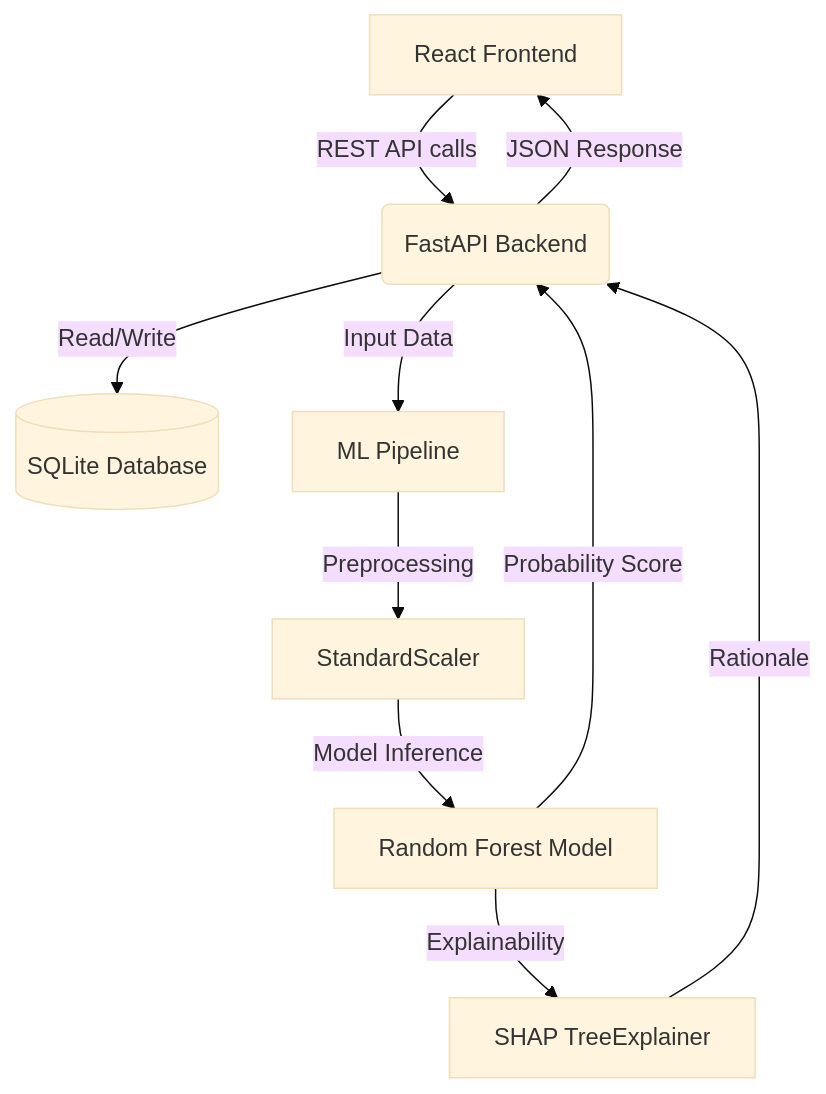
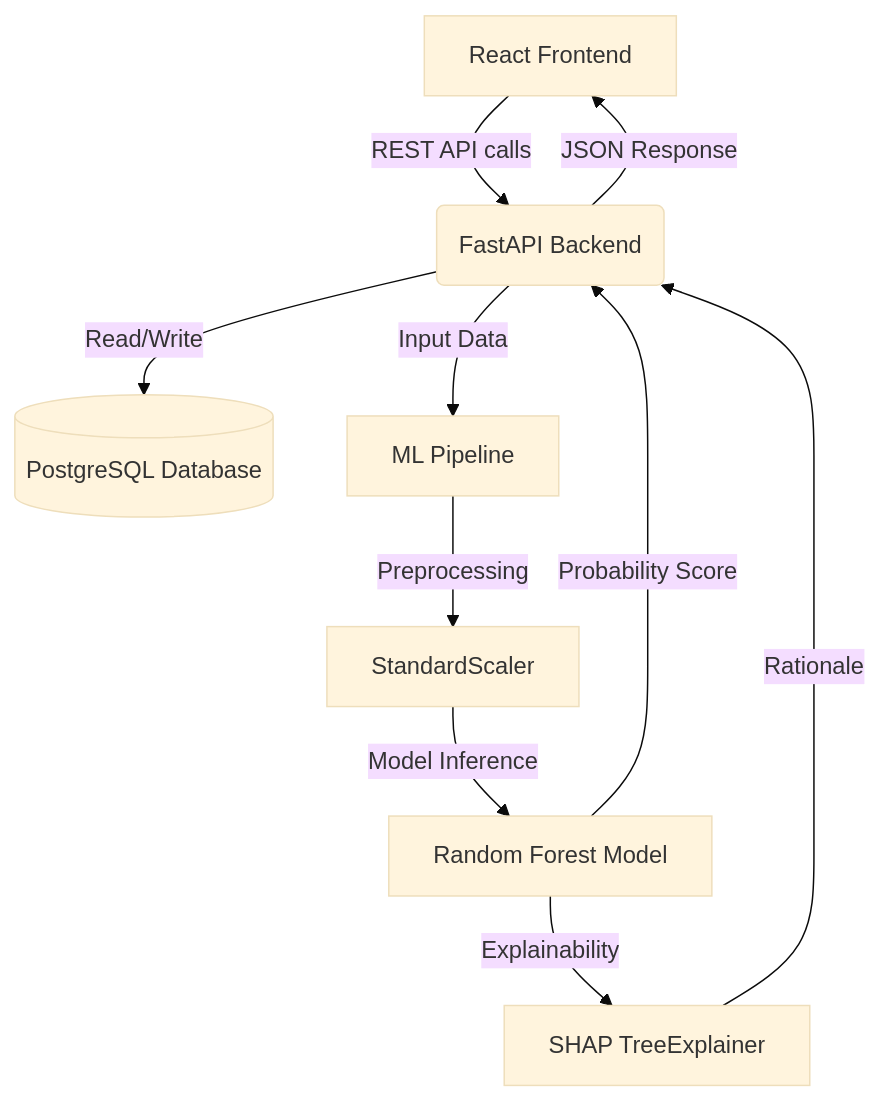
Before and after one commit to anjan-kumar-16/Loanapprovalprediction: the diagram in README.md, drawn with Mermaid (base theme). The commit also changed other lines of this file, not shown here.

Commit message:
docs: update README to use PostgreSQL in architecture and setup

````diff
--- a/README.md
+++ b/README.md
@@ -49,12 +49,12 @@
 ```mermaid
 graph TD;
     Client[React Frontend] -->|REST API calls| API(FastAPI Backend)
-    API -->|Read/Write| DB[(SQLite Database)]
+    API -->|Read/Write| DB[(PostgreSQL Database)]
     API -->|Input Data| ML[ML Pipeline]
     ML -->|Preprocessing| Pre[StandardScaler]
     Pre -->|Model Inference| RF[Random Forest Model]
     RF -->|Explainability| SHAP[SHAP TreeExplainer]
     SHAP -->|Rationale| API
     RF -->|Probability Score| API
     API -->|JSON Response| Client
 ```
````
